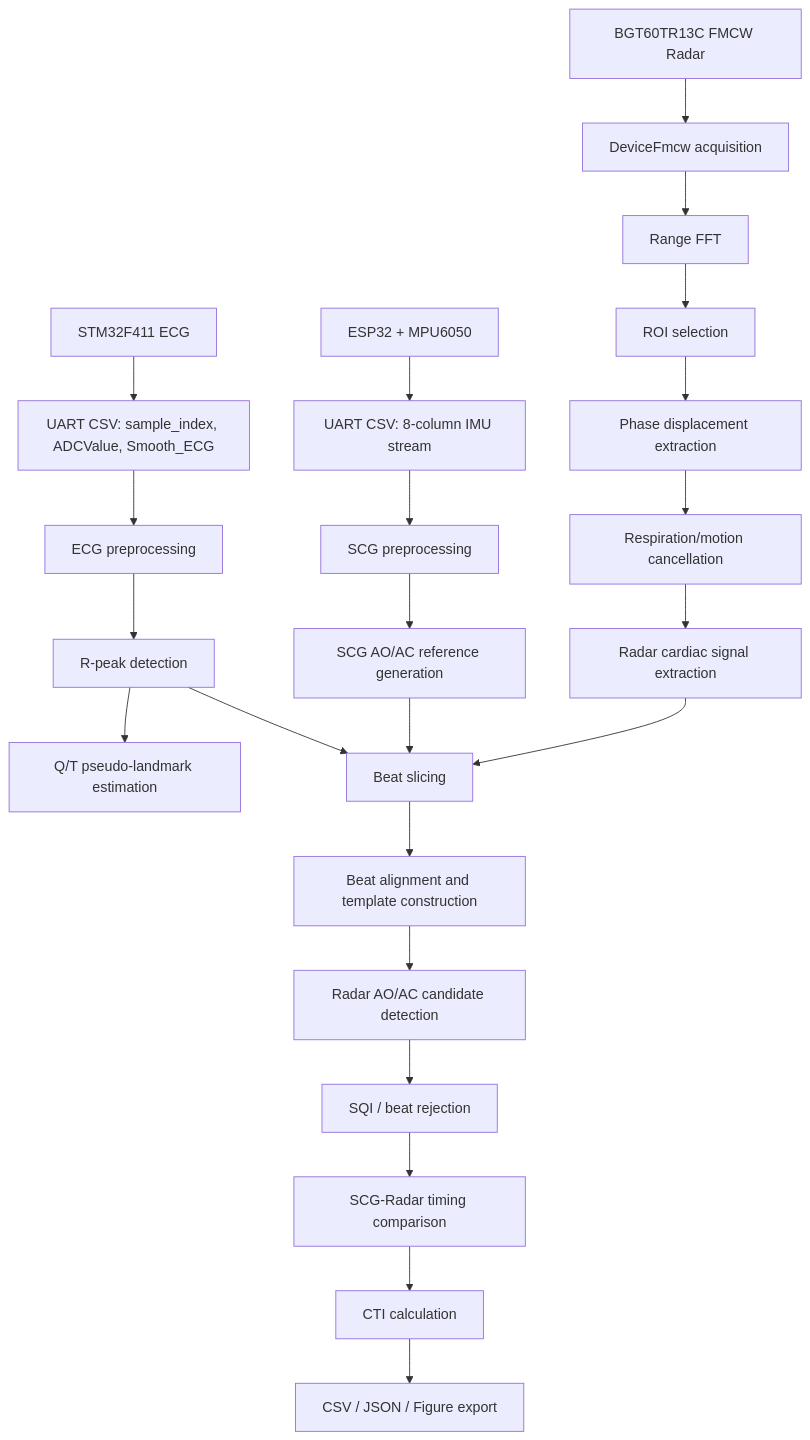
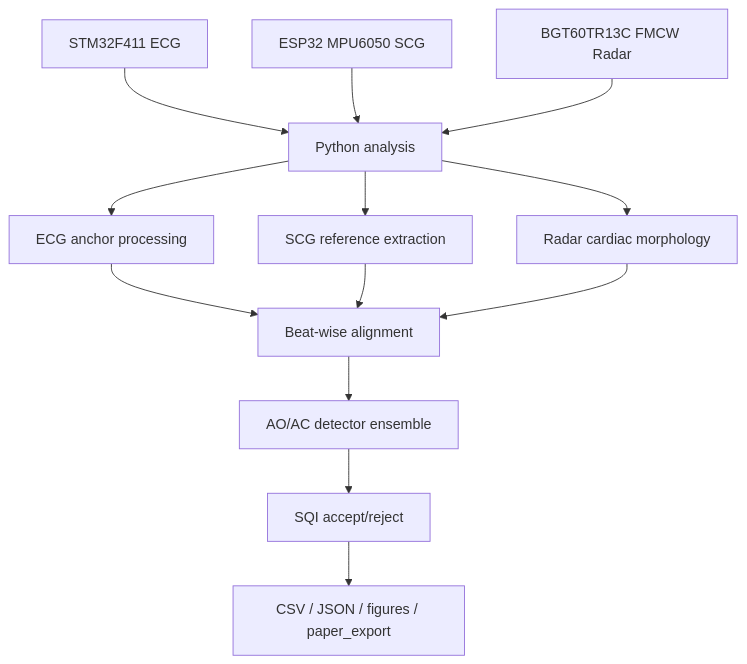
The first of 2 diagrams in docs/index.md (Tontonjeong/fmcw-radar-aoac-cardiac-analysis), drawn with Mermaid before and after one commit. The commit also changed other lines of this file and 38 other files, not shown here.

Commit message:
Add full algorithm, formula, detector, and signal-processing documentation

````diff
--- a/docs/index.md
+++ b/docs/index.md
@@ -34,28 +32,15 @@
 ```mermaid
 flowchart TD
-    STM["STM32F411 ECG"] --> ECGCSV["UART CSV: sample_index, ADCValue, Smooth_ECG"]
-    ECGCSV --> ECGPRE["ECG preprocessing"]
-    ECGPRE --> RPEAK["R-peak detection"]
-    RPEAK --> QT["Q/T pseudo-landmark estimation"]
-
-    ESP["ESP32 + MPU6050"] --> SCGCSV["UART CSV: 8-column IMU stream"]
-    SCGCSV --> SCGPRE["SCG preprocessing"]
-    SCGPRE --> SCGREF["SCG AO/AC reference generation"]
-
-    RAD["BGT60TR13C FMCW Radar"] --> DEV["DeviceFmcw acquisition"]
-    DEV --> FFT["Range FFT"]
-    FFT --> ROI["ROI selection"]
-    ROI --> PHASE["Phase displacement extraction"]
-    PHASE --> LMS["Respiration/motion cancellation"]
-    LMS --> RCARD["Radar cardiac signal extraction"]
-
-    RPEAK --> BEAT["Beat slicing"]
-    SCGREF --> BEAT
-    RCARD --> BEAT
-    BEAT --> ALIGN["Beat alignment and template construction"]
-    ALIGN --> DET["Radar AO/AC candidate detection"]
-    DET --> SQI["SQI / beat rejection"]
-    SQI --> COMP["SCG-Radar timing comparison"]
-    COMP --> CTI["CTI calculation"]
-    CTI --> OUT["CSV / JSON / Figure export"]
+    STM[STM32F411 ECG] --> PY[Python analysis]
+    ESP[ESP32 MPU6050 SCG] --> PY
+    RAD[BGT60TR13C FMCW Radar] --> PY
+    PY --> ECG[ECG anchor processing]
+    PY --> SCG[SCG reference extraction]
+    PY --> RDR[Radar cardiac morphology]
+    ECG --> BEAT[Beat-wise alignment]
+    SCG --> BEAT
+    RDR --> BEAT
+    BEAT --> DET[AO/AC detector ensemble]
+    DET --> SQI[SQI accept/reject]
+    SQI --> OUT[CSV / JSON / figures / paper_export]
 ```
````
